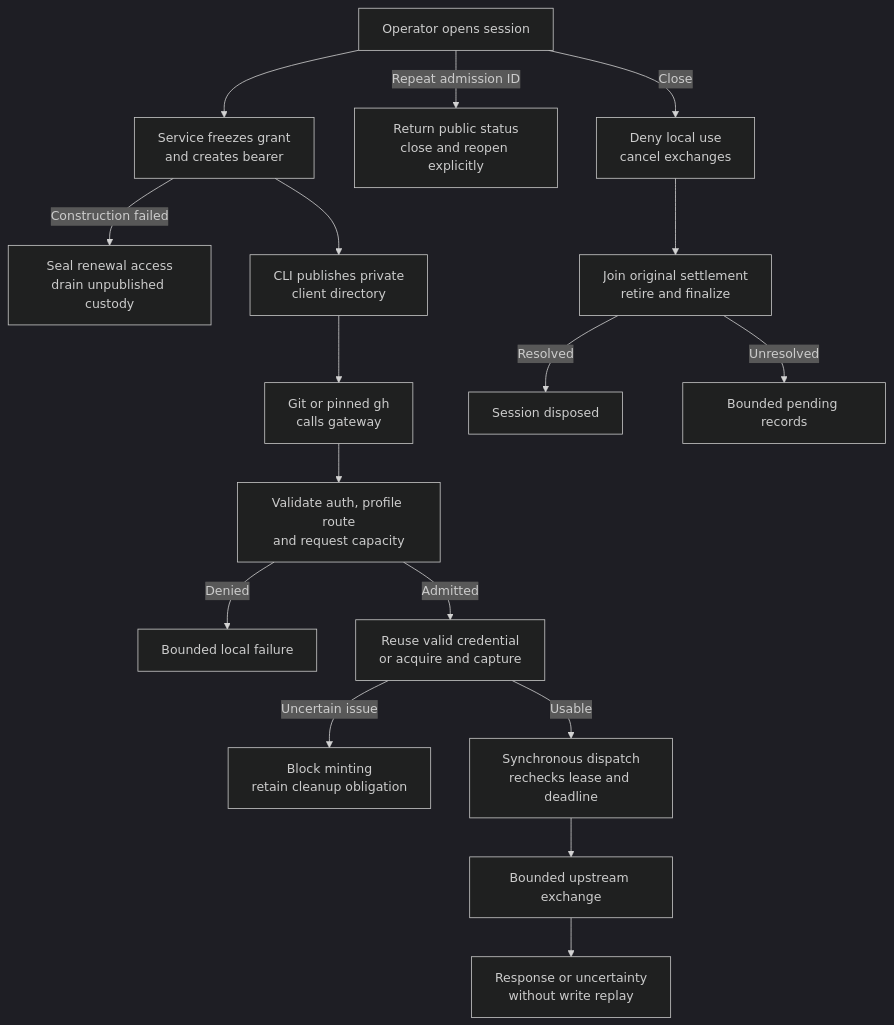
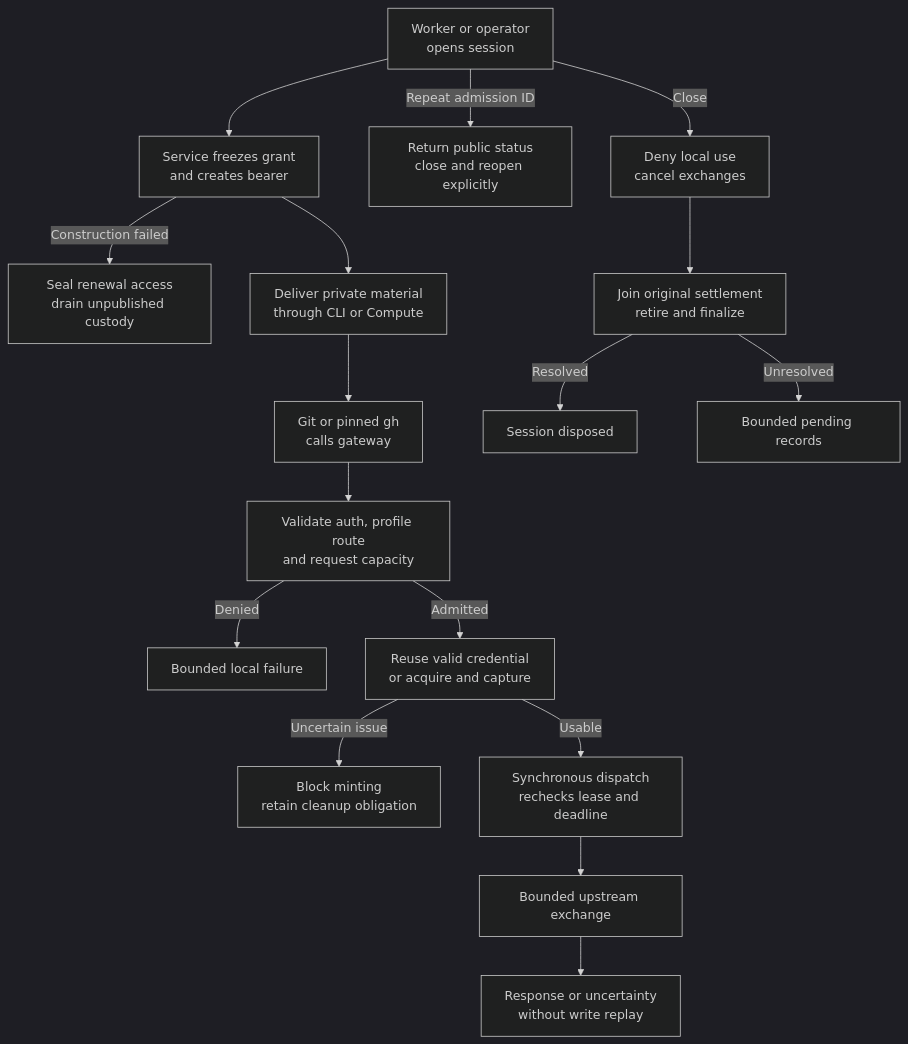
One commit to IsaiahStapleton/openclaw-enterprise changed the diagram in docs/flows/repository-credentials.md. Above: the diagram before and after it, drawn with Mermaid (dark theme). The commit also changed other lines of this file and 124 other files, not shown here.

````diff
--- a/docs/flows/repository-credentials.md
+++ b/docs/flows/repository-credentials.md
@@ -32,19 +37,19 @@
 ```mermaid
 graph TD
-  Operator["Operator opens session"] --> Admission["Service freezes grant<br/>and creates bearer"]
+  Operator["Worker or operator<br/>opens session"] --> Admission["Service freezes grant<br/>and creates bearer"]
   Admission -->|Construction failed| ConstructionCleanup["Seal renewal access<br/>drain unpublished custody"]
   Operator -->|Repeat admission ID| Recovery["Return public status<br/>close and reopen explicitly"]
-  Admission --> Files["CLI publishes private<br/>client directory"]
+  Admission --> Files["Deliver private material<br/>through CLI or Compute"]
   Files --> Client["Git or pinned gh<br/>calls gateway"]
   Client --> Route["Validate auth, profile route<br/>and request capacity"]
   Route -->|Denied| Denial["Bounded local failure"]
   Route -->|Admitted| Credential["Reuse valid credential<br/>or acquire and capture"]
   Credential -->|Uncertain issue| Blocked["Block minting<br/>retain cleanup obligation"]
   Credential -->|Usable| Gate["Synchronous dispatch<br/>rechecks lease and deadline"]
   Gate --> Upstream["Bounded upstream exchange"]
   Upstream --> Result["Response or uncertainty<br/>without write replay"]
   Operator -->|Close| Closed["Deny local use<br/>cancel exchanges"]
   Closed --> Cleanup["Join original settlement<br/>retire and finalize"]
   Cleanup -->|Resolved| Disposed["Session disposed"]
   Cleanup -->|Unresolved| Pending["Bounded pending records"]
 ```
````
